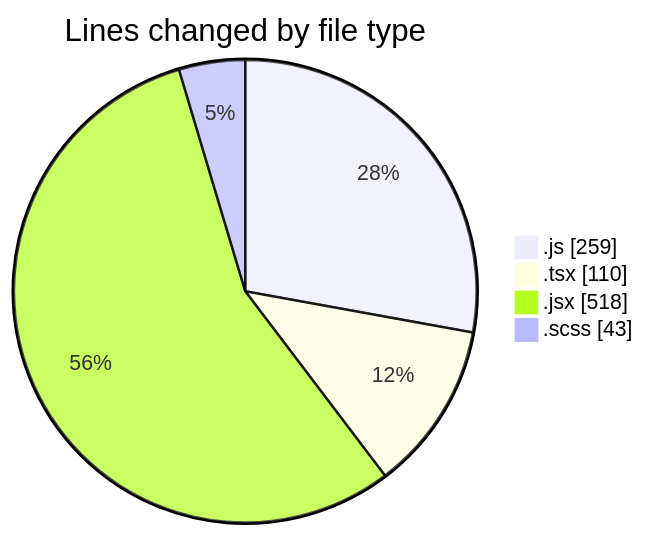
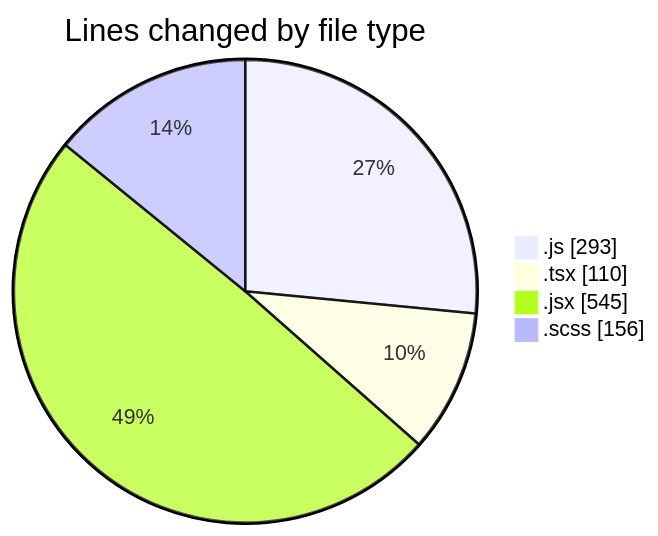
The first of 2 diagrams in 2026-03-12/cda/README.md (momahboobian/code-tracking), drawn with Mermaid before and after one commit. The commit also changed other lines of this file and 1 other file, not shown here.

````diff
--- a/2026-03-12/cda/README.md
+++ b/2026-03-12/cda/README.md
@@ -29,8 +32,8 @@
 ```mermaid
 pie showData
 title Lines changed by file type
-".js" : 259
+".js" : 293
 ".tsx" : 110
-".jsx" : 518
-".scss" : 43
+".jsx" : 545
+".scss" : 156
 ```
````
